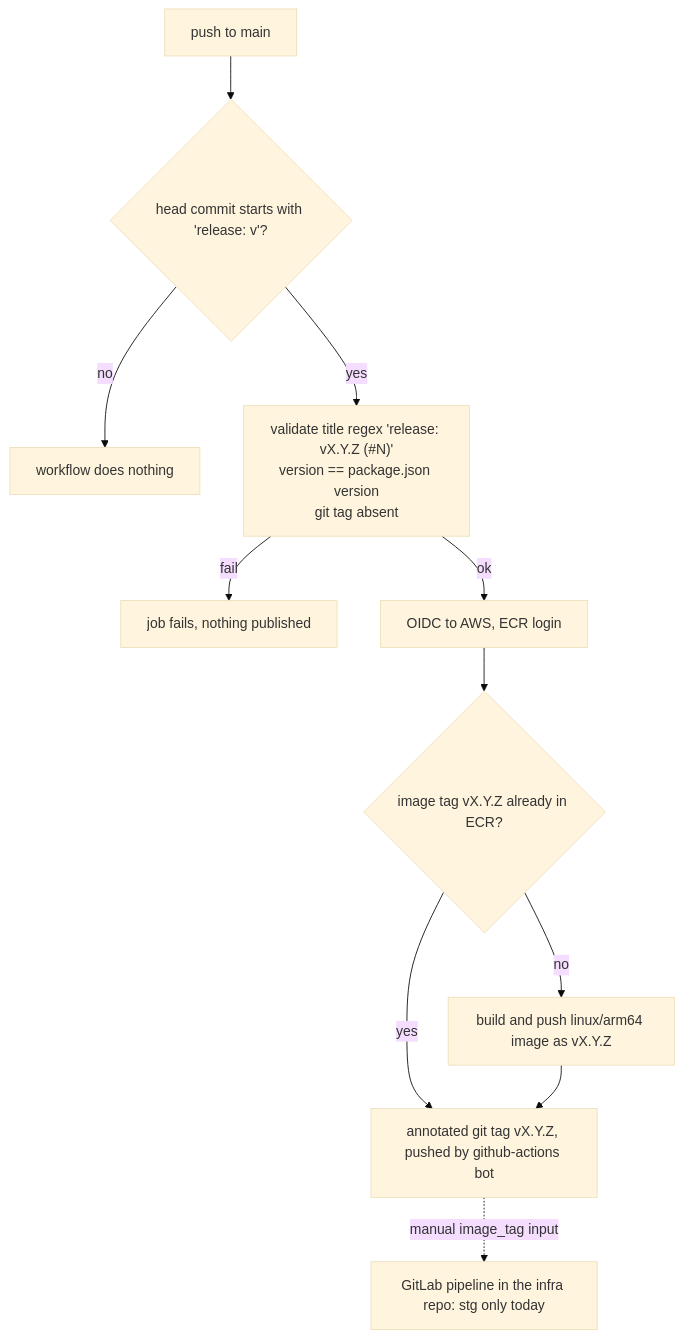
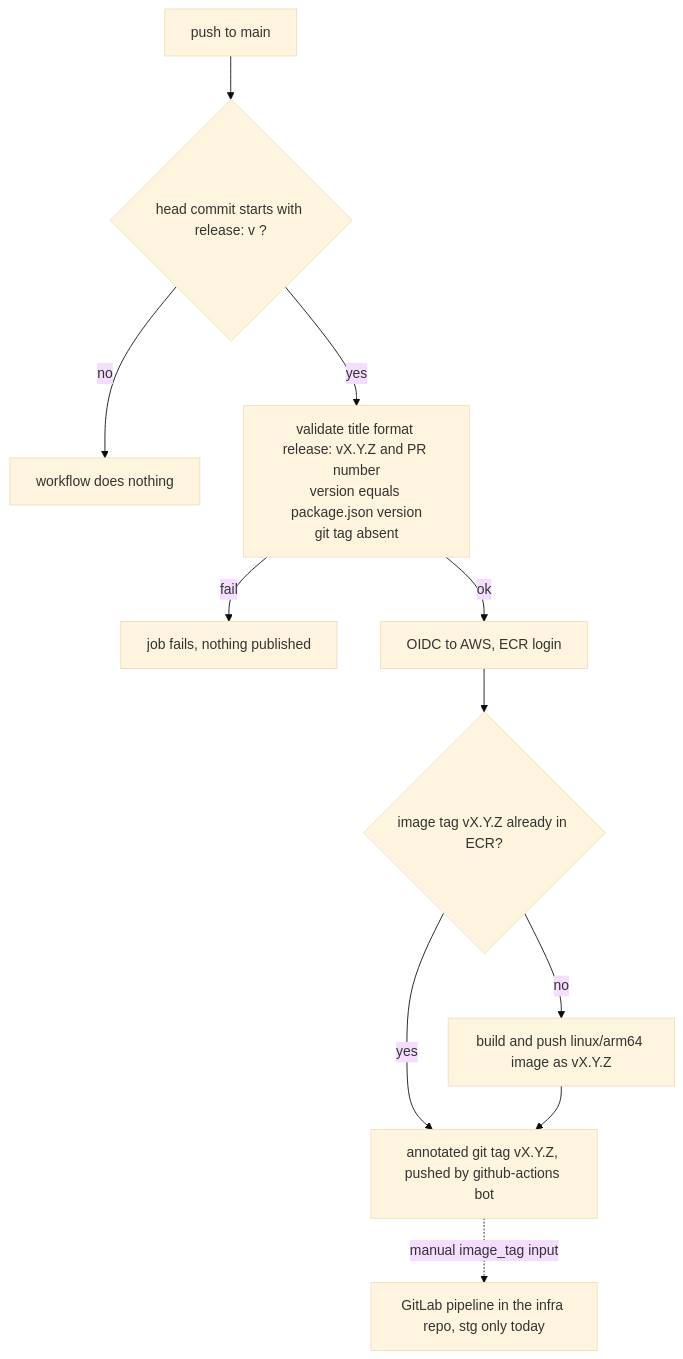
The third of 4 diagrams in docs/engineering-onboarding/08-infrastructure-and-operations.md (fatin-suhaimi/teacher-workspace), drawn with Mermaid (base theme) before and after one commit. The commit also changed other lines of this file and 2 other files, not shown here.

Commit message:
docs(`engineering-onboarding`): use conservative Mermaid syntax in 08 diagrams

````diff
--- a/docs/engineering-onboarding/08-infrastructure-and-operations.md
+++ b/docs/engineering-onboarding/08-infrastructure-and-operations.md
@@ -79,13 +80,13 @@
 ```mermaid
 flowchart TD
-    M["push to main"] --> T{"head commit starts with 'release: v'?"}
-    T -- no --> X["workflow does nothing"]
-    T -- yes --> V["validate title regex 'release: vX.Y.Z (#N)'<br/>version == package.json version<br/>git tag absent"]
-    V -- fail --> E["job fails, nothing published"]
-    V -- ok --> A["OIDC to AWS, ECR login"]
+    M["push to main"] --> T{"head commit starts with release: v ?"}
+    T -->|no| X["workflow does nothing"]
+    T -->|yes| V["validate title format release: vX.Y.Z and PR number<br/>version equals package.json version<br/>git tag absent"]
+    V -->|fail| E["job fails, nothing published"]
+    V -->|ok| A["OIDC to AWS, ECR login"]
     A --> C{"image tag vX.Y.Z already in ECR?"}
-    C -- yes --> TAG
-    C -- no --> B["build and push linux/arm64 image as vX.Y.Z"]
-    B --> TAG["annotated git tag vX.Y.Z, pushed by github-actions bot"]
-    TAG -. "manual image_tag input" .-> GL["GitLab pipeline in the infra repo: stg only today"]
+    C -->|yes| TAG["annotated git tag vX.Y.Z, pushed by github-actions bot"]
+    C -->|no| B["build and push linux/arm64 image as vX.Y.Z"]
+    B --> TAG
+    TAG -.->|manual image_tag input| GL["GitLab pipeline in the infra repo, stg only today"]
 ```
````
